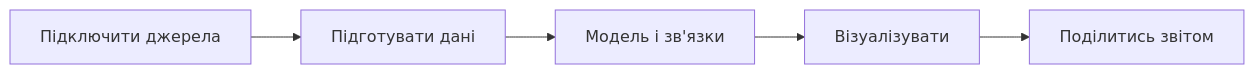
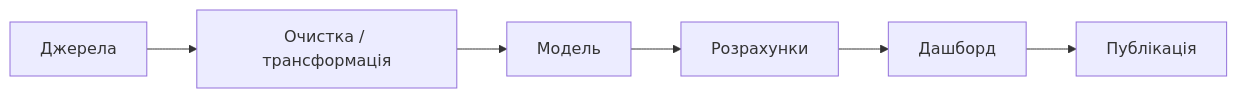
One commit to ValieriiaNovosad/genius-test changed the diagram in konspekty/modul-06/01-vstup-ta-interfeis.md. Above: the diagram before and after it, drawn with Mermaid. The commit also changed other lines of this file and 9 other files, not shown here.

````diff
--- a/konspekty/modul-06/01-vstup-ta-interfeis.md
+++ b/konspekty/modul-06/01-vstup-ta-interfeis.md
@@ -18,7 +22,8 @@
 ```mermaid
 flowchart LR
-  Connect[Підключити джерела] --> Transform[Підготувати дані]
-  Transform --> Model[Модель і зв'язки]
-  Model --> Visual[Візуалізувати]
-  Visual --> Share[Поділитись звітом]
+  Src[Джерела] --> Prep[Очистка / трансформація]
+  Prep --> Model[Модель]
+  Model --> Calc[Розрахунки]
+  Calc --> Dash[Дашборд]
+  Dash --> Share[Публікація]
 ```
````
